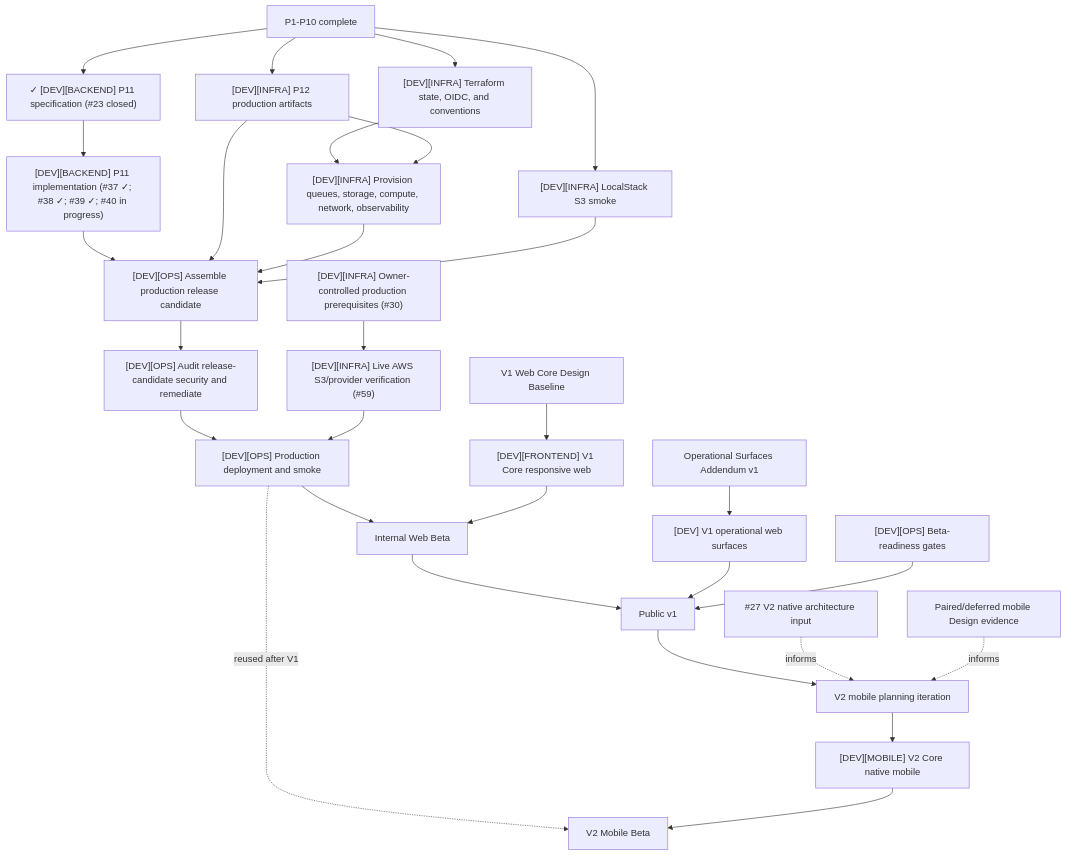
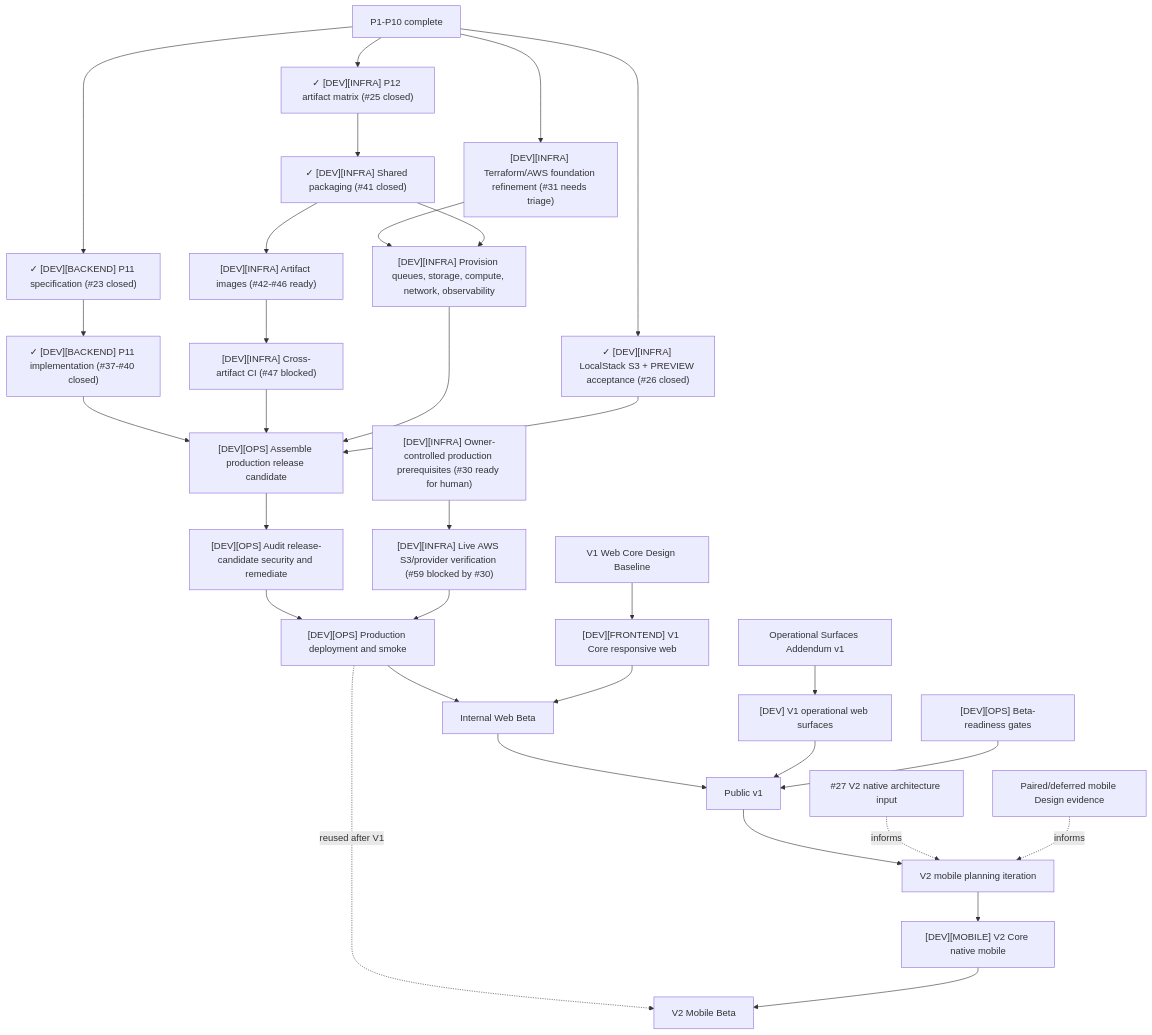
Before and after one commit to starkovalera/recipe-manager: the diagram in docs/architecture/production-roadmap.md, drawn with Mermaid. The commit also changed other lines of this file and 4 other files, not shown here.

Commit message:
docs: sync roadmap completion statuses (#69)

````diff
--- a/docs/architecture/production-roadmap.md
+++ b/docs/architecture/production-roadmap.md
@@ -215,38 +215,41 @@
 ```mermaid
 flowchart TD
   p10["P1-P10 complete"]
   p10 --> p11Spec["✓ [DEV][BACKEND] P11 specification (#23 closed)"]
-  p11Spec --> p11Implementation["[DEV][BACKEND] P11 implementation (#37 ✓; #38 ✓; #39 ✓; #40 in progress)"]
-  p10 --> p12["[DEV][INFRA] P12 production artifacts"]
-  p10 --> localstack["[DEV][INFRA] LocalStack S3 smoke"]
-  p10 --> tfFoundation["[DEV][INFRA] Terraform state, OIDC, and conventions"]
-  ownerInputs["[DEV][INFRA] Owner-controlled production prerequisites (#30)"]
-  ownerInputs --> liveAws["[DEV][INFRA] Live AWS S3/provider verification (#59)"]
+  p11Spec --> p11Implementation["✓ [DEV][BACKEND] P11 implementation (#37-#40 closed)"]
+  p10 --> p12Spec["✓ [DEV][INFRA] P12 artifact matrix (#25 closed)"]
+  p12Spec --> p12Shared["✓ [DEV][INFRA] Shared packaging (#41 closed)"]
+  p12Shared --> p12Artifacts["[DEV][INFRA] Artifact images (#42-#46 ready)"]
+  p12Artifacts --> p12Ci["[DEV][INFRA] Cross-artifact CI (#47 blocked)"]
+  p10 --> localstack["✓ [DEV][INFRA] LocalStack S3 + PREVIEW acceptance (#26 closed)"]
+  p10 --> tfFoundation["[DEV][INFRA] Terraform/AWS foundation refinement (#31 needs triage)"]
+  ownerInputs["[DEV][INFRA] Owner-controlled production prerequisites (#30 ready for human)"]
+  ownerInputs --> liveAws["[DEV][INFRA] Live AWS S3/provider verification (#59 blocked by #30)"]
 
   tfFoundation --> cloudResources["[DEV][INFRA] Provision queues, storage, compute, network, observability"]
-  p12 --> cloudResources
+  p12Shared --> cloudResources
 
   p11Implementation --> releaseCandidate["[DEV][OPS] Assemble production release candidate"]
-  p12 --> releaseCandidate
+  p12Ci --> releaseCandidate
   cloudResources --> releaseCandidate
   localstack --> releaseCandidate
   releaseCandidate --> security["[DEV][OPS] Audit release-candidate security and remediate"]
   security --> technicalProd["[DEV][OPS] Production deployment and smoke"]
   liveAws --> technicalProd
 
   designCore["V1 Web Core Design Baseline"] --> web["[DEV][FRONTEND] V1 Core responsive web"]
   technicalProd --> webBeta["Internal Web Beta"]
   web --> webBeta
 
   designOps["Operational Surfaces Addendum v1"] --> operationalClients["[DEV] V1 operational web surfaces"]
   webBeta --> publicV1["Public v1"]
   operationalClients --> publicV1
   beta["[DEV][OPS] Beta-readiness gates"] --> publicV1
 
   publicV1 --> v2Planning["V2 mobile planning iteration"]
   mobileResearch["#27 V2 native architecture input"] -. informs .-> v2Planning
   pairedDesign["Paired/deferred mobile Design evidence"] -. informs .-> v2Planning
   v2Planning --> mobile["[DEV][MOBILE] V2 Core native mobile"]
   technicalProd -. reused after V1 .-> mobileBeta["V2 Mobile Beta"]
   mobile --> mobileBeta
 ```
````
